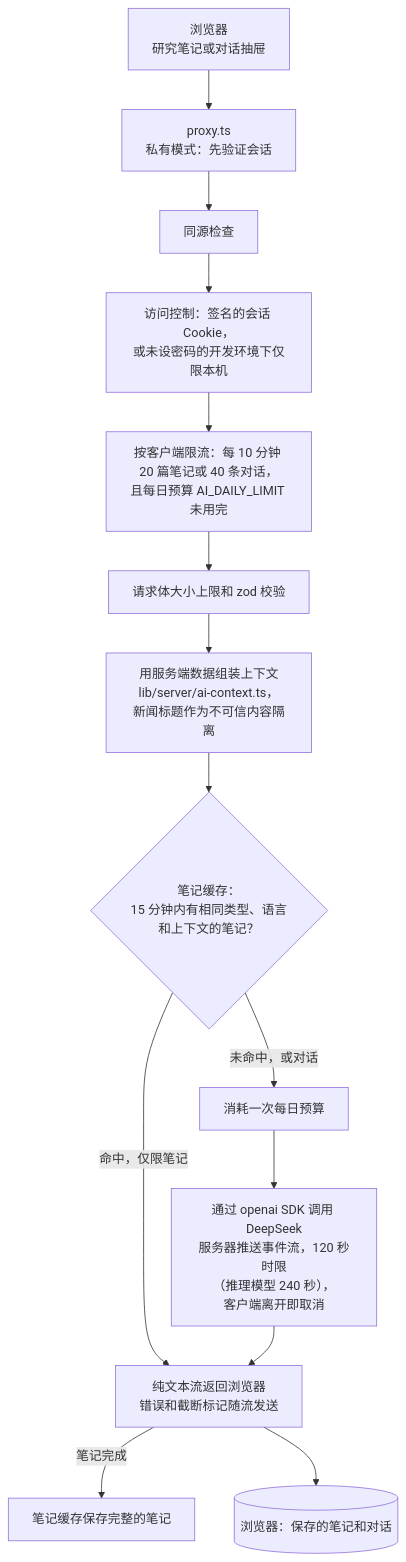
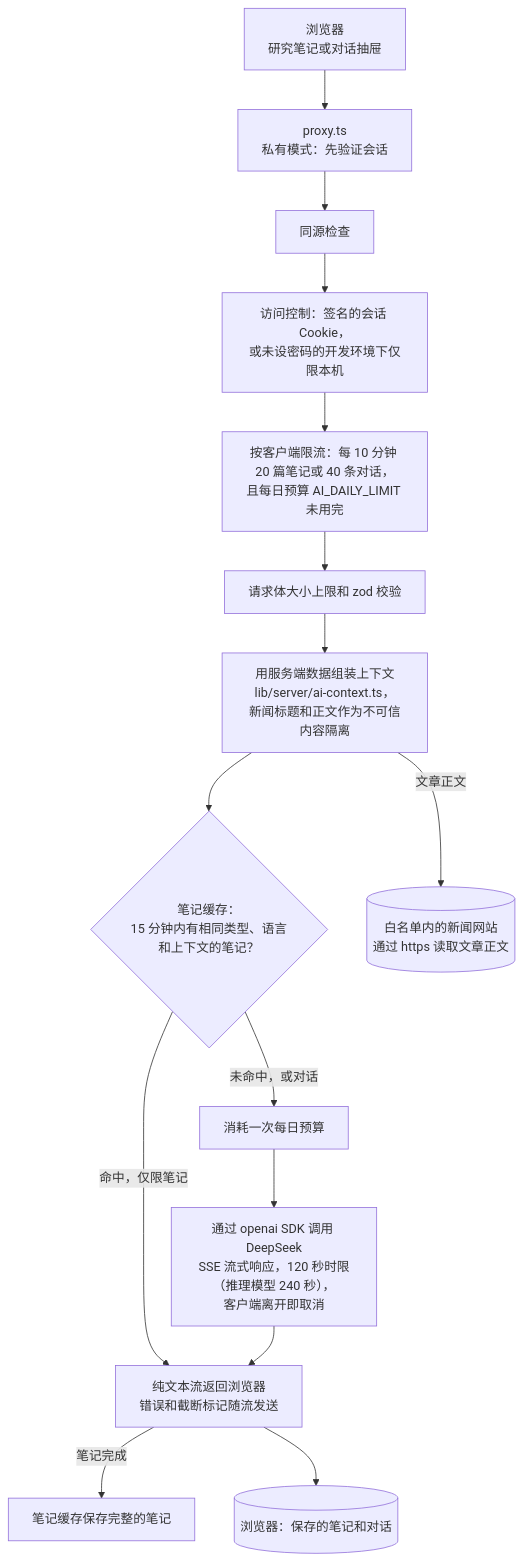
One commit to DestRoyOvO/invest-app changed the second of 3 diagrams in README.zh-CN.md. Above: the diagram before and after it, drawn with Mermaid. The commit also changed other lines of this file and 2 other files, not shown here.

````diff
--- a/README.zh-CN.md
+++ b/README.zh-CN.md
@@ -180,21 +180,23 @@
 ```mermaid
 flowchart TD
   client["浏览器<br/>研究笔记或对话抽屉"]
   proxy["proxy.ts<br/>私有模式：先验证会话"]
   origin["同源检查"]
   access["访问控制：签名的会话 Cookie，<br/>或未设密码的开发环境下仅限本机"]
   limits["按客户端限流：每 10 分钟 20 篇笔记或 40 条对话，<br/>且每日预算 AI_DAILY_LIMIT 未用完"]
   body["请求体大小上限和 zod 校验"]
-  context["用服务端数据组装上下文<br/>lib/server/ai-context.ts，<br/>新闻标题作为不可信内容隔离"]
+  context["用服务端数据组装上下文<br/>lib/server/ai-context.ts，<br/>新闻标题和正文作为不可信内容隔离"]
   cache{"笔记缓存：<br/>15 分钟内有相同类型、语言<br/>和上下文的笔记？"}
   budget["消耗一次每日预算"]
-  model["通过 openai SDK 调用 DeepSeek<br/>服务器推送事件流，120 秒时限<br/>（推理模型 240 秒），<br/>客户端离开即取消"]
+  model["通过 openai SDK 调用 DeepSeek<br/>SSE 流式响应，120 秒时限<br/>（推理模型 240 秒），<br/>客户端离开即取消"]
   stream["纯文本流返回浏览器<br/>错误和截断标记随流发送"]
   store["笔记缓存保存完整的笔记"]
   saved[("浏览器：保存的笔记和对话")]
+  news[("白名单内的新闻网站<br/>通过 https 读取文章正文")]
   client --> proxy --> origin --> access --> limits --> body --> context --> cache
   cache -- "命中，仅限笔记" --> stream
   cache -- "未命中，或对话" --> budget --> model --> stream
   stream -- "笔记完成" --> store
   stream --> saved
+  context -- "文章正文" --> news
 ```
````
